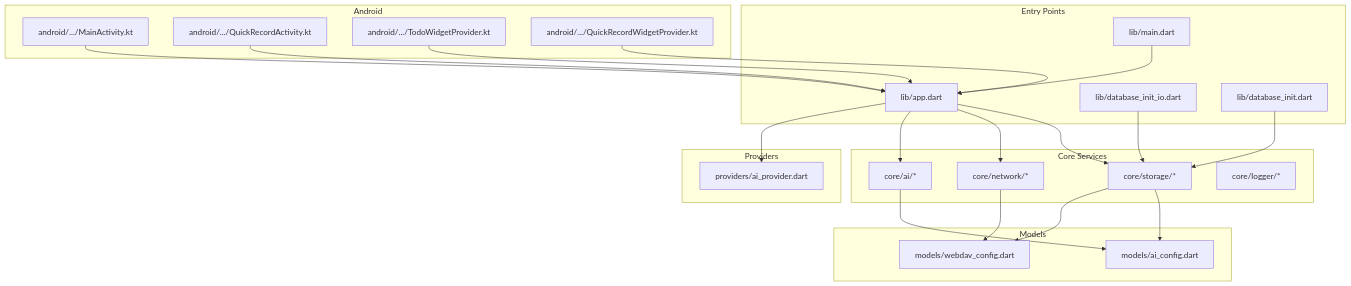
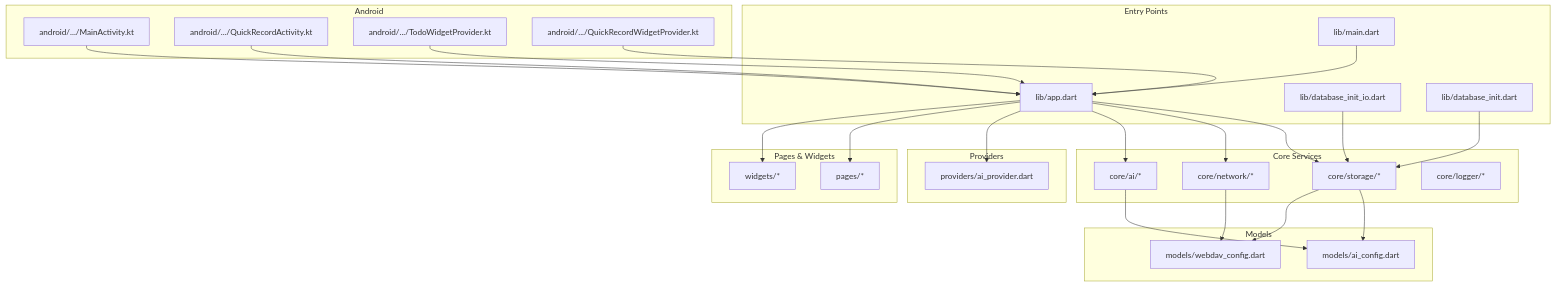
One commit to favoroo/QNote changed the first of 10 diagrams in .qoder/repowiki/en/content/Core Features/Core Features.md. Above: the diagram before and after it, drawn with Mermaid. The commit also changed other lines of this file and 114 other files, not shown here.

````diff
--- a/.qoder/repowiki/en/content/Core Features/Core Features.md
+++ b/.qoder/repowiki/en/content/Core Features/Core Features.md
@@ -64,43 +77,49 @@
 ```mermaid
 graph TB
 subgraph "Entry Points"
 M["lib/main.dart"]
 A["lib/app.dart"]
 DIO["lib/database_init_io.dart"]
 DI["lib/database_init.dart"]
 end
 subgraph "Core Services"
 AI["core/ai/*"]
 NET["core/network/*"]
 ST["core/storage/*"]
 LOG["core/logger/*"]
 end
 subgraph "Models"
 MC["models/ai_config.dart"]
 WC["models/webdav_config.dart"]
 end
 subgraph "Providers"
 AP["providers/ai_provider.dart"]
 end
+subgraph "Pages & Widgets"
+PAGES["pages/*"]
+WIDGETS["widgets/*"]
+end
 subgraph "Android"
 MA["android/.../MainActivity.kt"]
 QRA["android/.../QuickRecordActivity.kt"]
 TWP["android/.../TodoWidgetProvider.kt"]
 QRWP["android/.../QuickRecordWidgetProvider.kt"]
 end
 M --> A
 A --> ST
 A --> NET
 A --> AI
 A --> AP
+A --> PAGES
+A --> WIDGETS
 ST --> MC
 ST --> WC
 NET --> WC
 AI --> MC
 DIO --> ST
 DI --> ST
 MA --> A
 QRA --> A
 TWP --> A
 QRWP --> A
 ```
````
